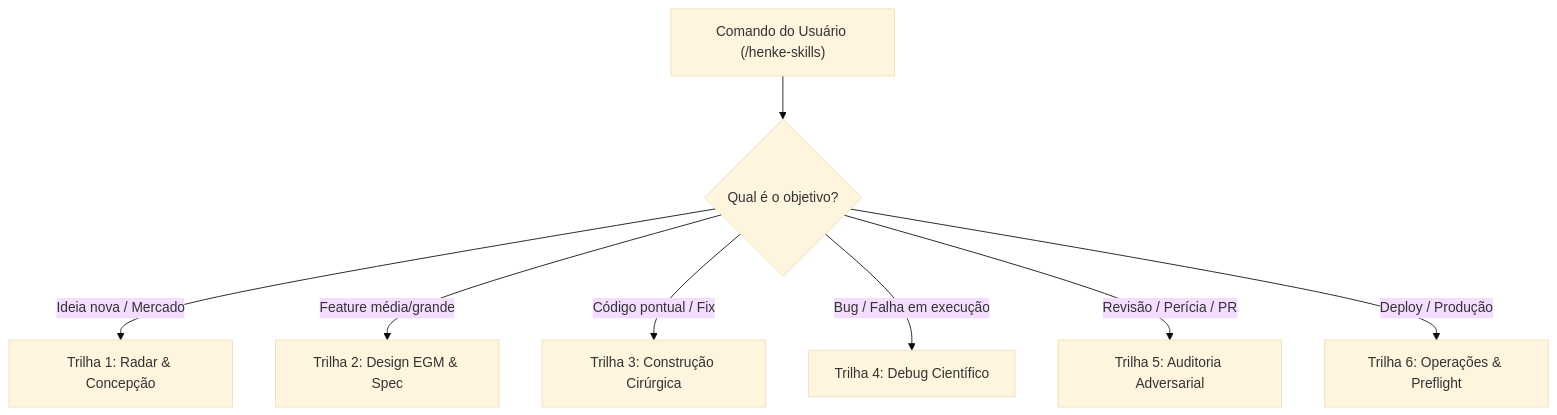
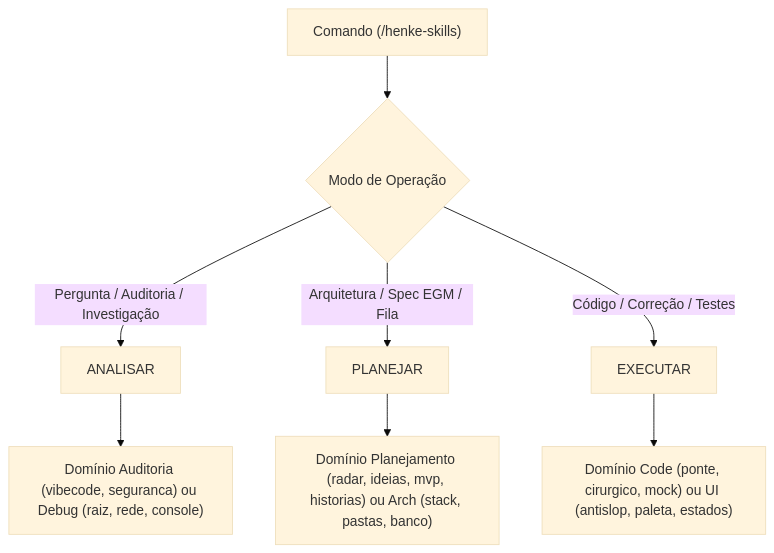
The diagram in henke-skills/SKILL.md (erickhenke2-eng/henke-skills-vibecoding), drawn with Mermaid (base theme) before and after one commit. The commit also changed other lines of this file and 11 other files, not shown here.

````diff
--- a/henke-skills/SKILL.md
+++ b/henke-skills/SKILL.md
@@ -55,11 +58,11 @@
 ```mermaid
 flowchart TD
-    U["Comando do Usuário (/henke-skills)"] --> C{"Qual é o objetivo?"}
-    
-    C -->|"Ideia nova / Mercado"| T1["Trilha 1: Radar & Concepção"]
-    C -->|"Feature média/grande"| T2["Trilha 2: Design EGM & Spec"]
-    C -->|"Código pontual / Fix"| T3["Trilha 3: Construção Cirúrgica"]
-    C -->|"Bug / Falha em execução"| T4["Trilha 4: Debug Científico"]
-    C -->|"Revisão / Perícia / PR"| T5["Trilha 5: Auditoria Adversarial"]
-    C -->|"Deploy / Produção"| T6["Trilha 6: Operações & Preflight"]
+    U["Comando (/henke-skills)"] --> M{"Modo de Operação"}
+    M -->|"Pergunta / Auditoria / Investigação"| MA["ANALISAR"]
+    M -->|"Arquitetura / Spec EGM / Fila"| MP["PLANEJAR"]
+    M -->|"Código / Correção / Testes"| ME["EXECUTAR"]
+
+    MA --> D_AUD["Domínio Auditoria (vibecode, seguranca) ou Debug (raiz, rede, console)"]
+    MP --> D_PLAN["Domínio Planejamento (radar, ideias, mvp, historias) ou Arch (stack, pastas, banco)"]
+    ME --> D_CODE["Domínio Code (ponte, cirurgico, mock) ou UI (antislop, paleta, estados)"]
 ```
````
